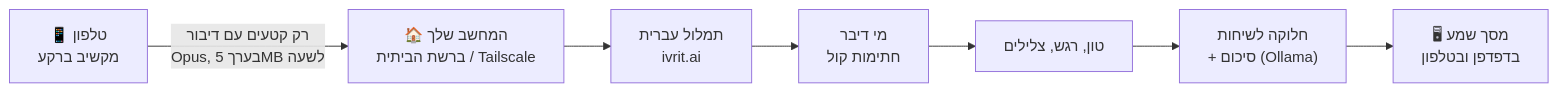
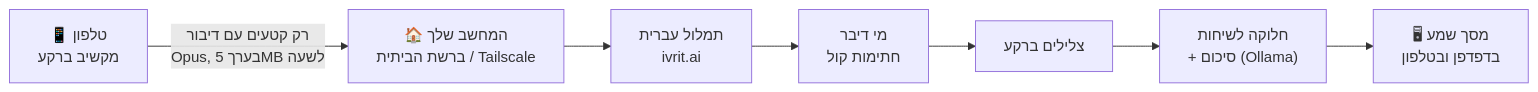
Before and after one commit to agmonp/shema: the diagram in README.md, drawn with Mermaid. The commit also changed other lines of this file and 9 other files, not shown here.

````diff
--- a/README.md
+++ b/README.md
@@ -39,9 +39,9 @@
 ```mermaid
 flowchart LR
     A["📱 טלפון<br>מקשיב ברקע"] -->|"רק קטעים עם דיבור<br>Opus, בערך 5MB לשעה"| B["🏠 המחשב שלך<br>ברשת הביתית / Tailscale"]
     B --> C["תמלול עברית<br>ivrit.ai"]
     C --> D["מי דיבר<br>חתימות קול"]
-    D --> E["טון, רגש, צלילים"]
+    D --> E["צלילים ברקע"]
     E --> F["חלוקה לשיחות<br>+ סיכום (Ollama)"]
     F --> G["🖥 מסך שמע<br>בדפדפן ובטלפון"]
 ```
````
